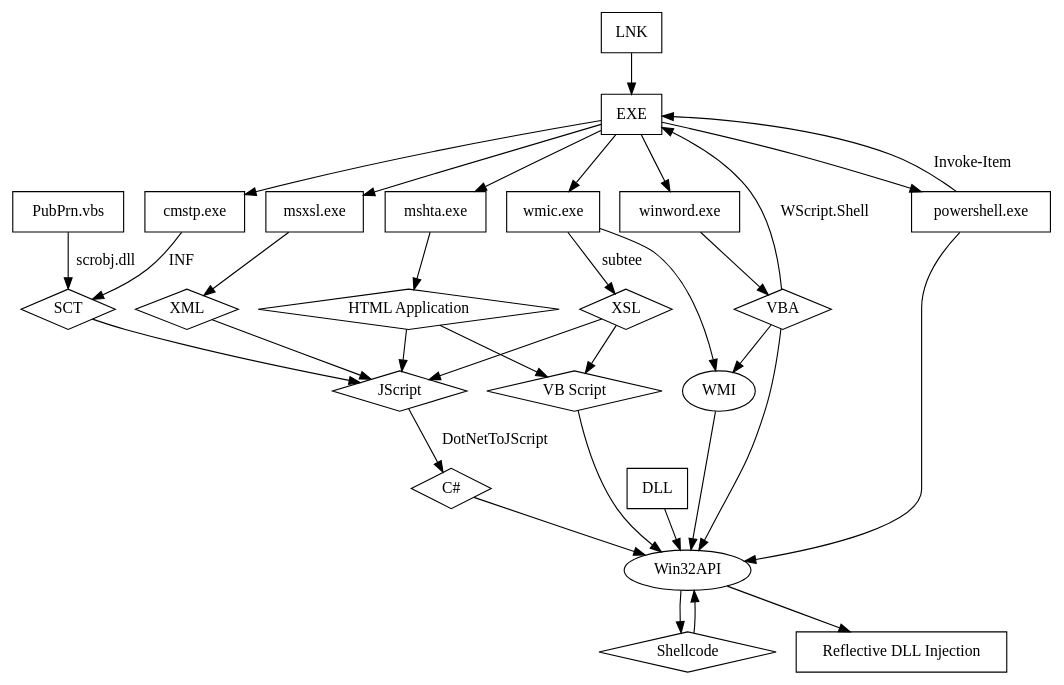
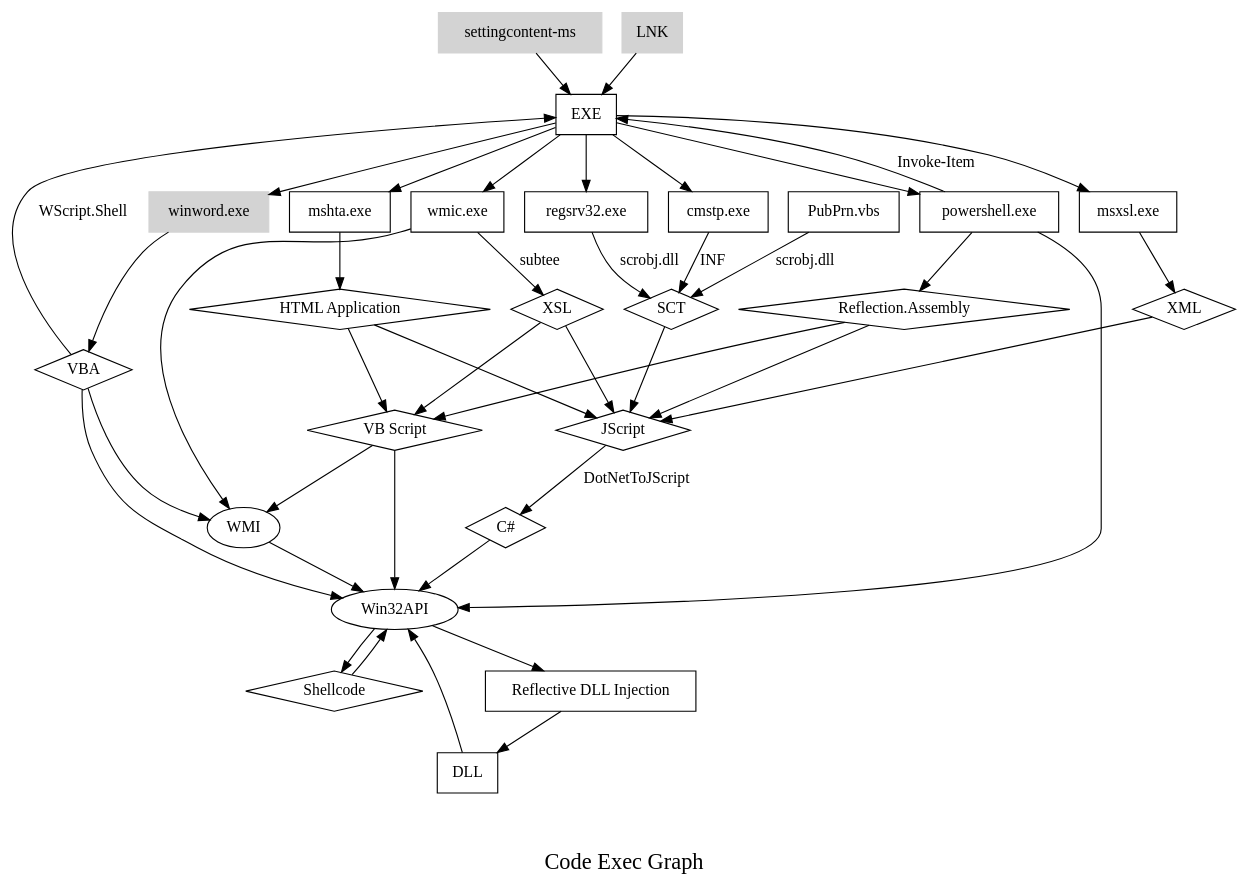
Before and after one commit to ztgrace/junk_drawer: the diagram in code_exec_graph/code-exec.gv, drawn with Graphviz. The commit also changed 2 other files, not shown here.

Commit message:
code updates

```diff
--- a/code_exec_graph/code-exec.gv
+++ b/code_exec_graph/code-exec.gv
@@ -1,57 +1,73 @@
 digraph "code-exec" {
-	"HTML Application" [shape=diamond]
-	LNK [shape=box]
-	SCT [shape=diamond]
-	Shellcode [shape=diamond]
-	XML [shape=diamond]
-	"C#" [shape=diamond]
-	"VB Script" [shape=diamond]
-	DLL [shape=box]
-	WMI [shape=oval]
-	"wmic.exe" [shape=box]
-	"PubPrn.vbs" [shape=box]
-	"mshta.exe" [shape=box]
-	VBA [shape=diamond]
-	EXE [shape=box]
-	"winword.exe" [shape=box]
-	JScript [shape=diamond]
-	"cmstp.exe" [shape=box]
-	"msxsl.exe" [shape=box]
-	"Reflective DLL Injection" [shape=box]
-	"powershell.exe" [shape=box]
-	XSL [shape=diamond]
-	Win32API [shape=oval]
+	"HTML Application" [color="" shape=diamond style=""]
+	"settingcontent-ms" [color=lightgrey shape=box style=filled]
+	LNK [color=lightgrey shape=box style=filled]
+	SCT [color="" shape=diamond style=""]
+	Shellcode [color="" shape=diamond style=""]
+	XML [color="" shape=diamond style=""]
+	"C#" [color="" shape=diamond style=""]
+	"VB Script" [color="" shape=diamond style=""]
+	DLL [color="" shape=box style=""]
+	WMI [color="" shape=oval style=""]
+	"wmic.exe" [color="" shape=box style=""]
+	"PubPrn.vbs" [color="" shape=box style=""]
+	"regsrv32.exe" [color="" shape=box style=""]
+	"mshta.exe" [color="" shape=box style=""]
+	VBA [color="" shape=diamond style=""]
+	EXE [color="" shape=box style=""]
+	"winword.exe" [color=lightgrey shape=box style=filled]
+	JScript [color="" shape=diamond style=""]
+	"cmstp.exe" [color="" shape=box style=""]
+	"msxsl.exe" [color="" shape=box style=""]
+	"Reflection.Assembly" [color="" shape=diamond style=""]
+	"Reflective DLL Injection" [color="" shape=box style=""]
+	"powershell.exe" [color="" shape=box style=""]
+	XSL [color="" shape=diamond style=""]
+	Win32API [color="" shape=oval style=""]
+	"C#" -> Win32API [label=""]
+	"cmstp.exe" -> SCT [label=INF labelURL="https://bohops.com/2018/02/26/leveraging-inf-sct-fetch-execute-techniques-for-bypass-evasion-persistence/"]
+	DLL -> Win32API [label=""]
+	"HTML Application" -> "VB Script" [label=""]
+	"HTML Application" -> JScript [label=""]
+	JScript -> "C#" [label=DotNetToJScript labelURL="https://github.com/tyranid/DotNetToJScript"]
+	LNK -> EXE [label=""]
+	"mshta.exe" -> "HTML Application" [label=""]
+	"msxsl.exe" -> XML [label=""]
+	"powershell.exe" -> EXE [label="Invoke-Item"]
+	"powershell.exe" -> Win32API [label=""]
+	"powershell.exe" -> "Reflection.Assembly" [label=""]
+	"Reflection.Assembly" -> JScript [label=""]
+	"Reflection.Assembly" -> "VB Script" [label=""]
+	"PubPrn.vbs" -> SCT [label="scrobj.dll"]
+	"Reflective DLL Injection" -> DLL [label=""]
+	"regsrv32.exe" -> SCT [label="scrobj.dll"]
+	SCT -> JScript [label=""]
+	Shellcode -> Win32API [label=""]
+	VBA -> WMI [label=""]
+	VBA -> EXE [label="WScript.Shell"]
+	VBA -> Win32API [label=""]
+	"VB Script" -> Win32API [label=""]
+	"VB Script" -> WMI [label=""]
+	Win32API -> Shellcode [label=""]
+	Win32API -> "Reflective DLL Injection" [label=""]
+	WMI -> Win32API [label=""]
 	"wmic.exe" -> WMI [label=""]
+	"wmic.exe" -> XSL [label=subtee labelURL="https://subt0x11.blogspot.com/2018/04/wmicexe-whitelisting-bypass-hacking.html"]
 	"winword.exe" -> VBA [label=""]
-	VBA -> WMI [label=""]
-	"wmic.exe" -> XSL [label=subtee labelURL="https://subt0x11.blogspot.com/2018/04/wmicexe-whitelisting-bypass-hacking.html"]
+	XML -> JScript [label=""]
 	XSL -> "VB Script" [label=""]
 	XSL -> JScript [label=""]
-	JScript -> "C#" [label=DotNetToJScript labelURL="https://github.com/tyranid/DotNetToJScript"]
-	"msxsl.exe" -> XML [label=""]
-	XML -> JScript [label=""]
-	"C#" -> Win32API [label=""]
-	VBA -> Win32API [label=""]
-	"VB Script" -> Win32API [label=""]
-	"powershell.exe" -> Win32API [label=""]
-	DLL -> Win32API [label=""]
-	Win32API -> Shellcode [label=""]
-	VBA -> EXE [label="WScript.Shell"]
-	"powershell.exe" -> EXE [label="Invoke-Item"]
-	"cmstp.exe" -> SCT [label=INF labelURL="https://msitpros.com/?p=3960"]
-	SCT -> JScript [label=""]
-	WMI -> Win32API [label=""]
-	Shellcode -> Win32API [label=""]
-	LNK -> EXE [label=""]
-	"PubPrn.vbs" -> SCT [label="scrobj.dll"]
-	"mshta.exe" -> "HTML Application" [label=""]
-	"HTML Application" -> "VB Script" [label=""]
-	"HTML Application" -> JScript [label=""]
-	Win32API -> "Reflective DLL Injection" [label=""]
+	"settingcontent-ms" -> EXE [label=""]
 	EXE -> "wmic.exe" [label=""]
+	EXE -> "regsrv32.exe" [label=""]
 	EXE -> "mshta.exe" [label=""]
 	EXE -> "winword.exe" [label=""]
 	EXE -> "cmstp.exe" [label=""]
 	EXE -> "msxsl.exe" [label=""]
 	EXE -> "powershell.exe" [label=""]
+	label="
+
+Code Exec Graph
+"
+	fontsize=20
 }
```
